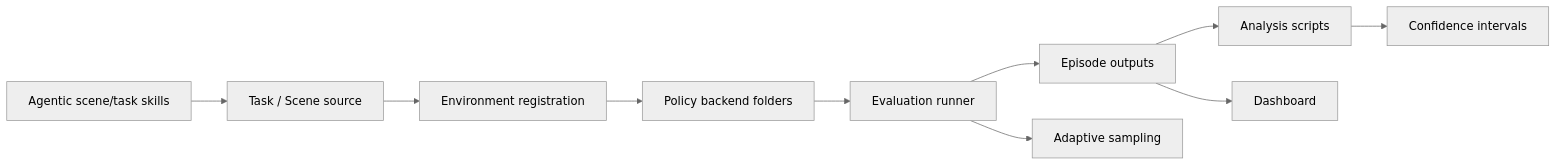
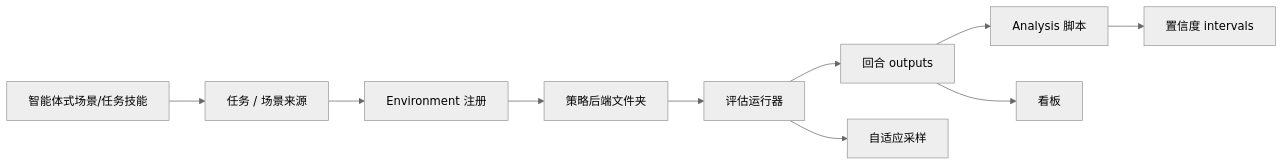
Before and after one commit to niuverse/llm-wiki: the diagram in wiki/sources/nvlabs-robolab.md, drawn with Mermaid (neutral theme). The commit also changed other lines of this file and 123 other files, not shown here.

````diff
--- a/wiki/sources/nvlabs-robolab.md
+++ b/wiki/sources/nvlabs-robolab.md
@@ -55,12 +55,12 @@
 ```mermaid
 flowchart LR
-  A[Task / Scene source] --> B[Environment registration]
-  B --> C[Policy backend folders]
-  C --> D[Evaluation runner]
-  D --> E[Episode outputs]
-  E --> F[Analysis scripts]
-  E --> G[Dashboard]
-  D --> H[Adaptive sampling]
-  F --> I[Confidence intervals]
-  J[Agentic scene/task skills] --> A
+  A[任务 / 场景来源] --> B[Environment 注册]
+  B --> C[策略后端文件夹]
+  C --> D[评估运行器]
+  D --> E[回合 outputs]
+  E --> F[Analysis 脚本]
+  E --> G[看板]
+  D --> H[自适应采样]
+  F --> I[置信度 intervals]
+  J[智能体式场景/任务技能] --> A
 ```
````
